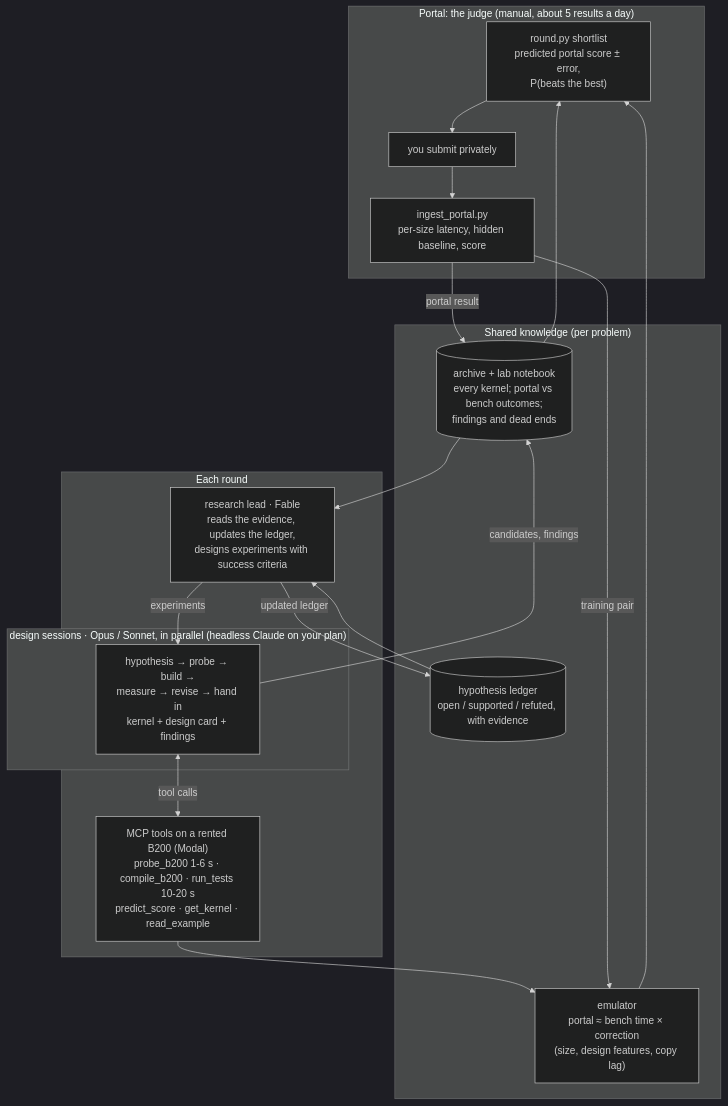
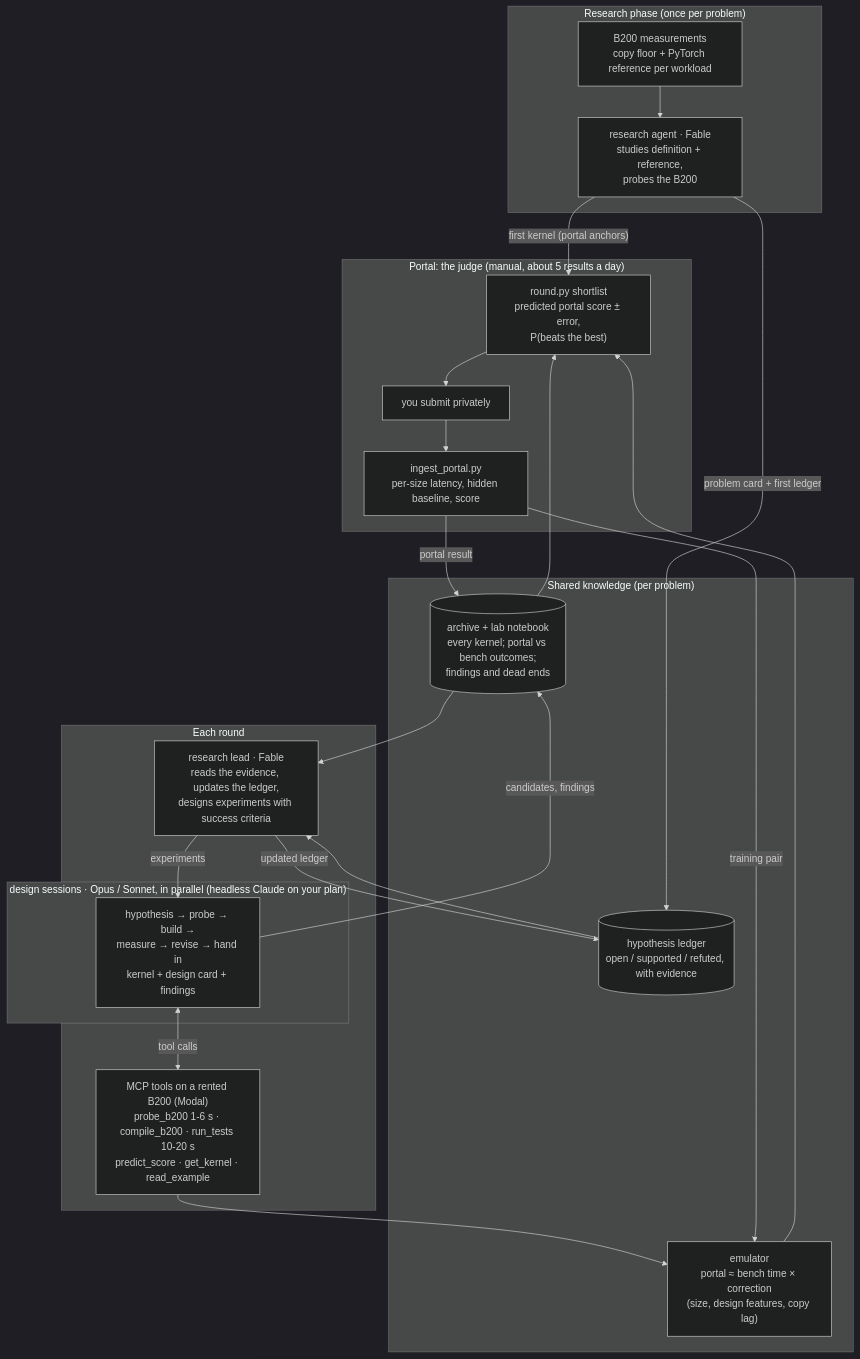
Before and after one commit to Hha21/execbench-test: the diagram in README.md, drawn with Mermaid (dark theme). The commit also changed other lines of this file and 473 other files, not shown here.

First line of the commit message:
Multi-problem refactor: per-problem folders, problem module, research phase

````diff
--- a/README.md
+++ b/README.md
@@ -36,32 +36,39 @@
 ```mermaid
 flowchart TB
     subgraph portal["Portal: the judge (manual, about 5 results a day)"]
         SL["round.py shortlist<br/>predicted portal score ± error,<br/>P(beats the best)"]
         SUB["you submit privately"]
         ING["ingest_portal.py<br/>per-size latency, hidden baseline, score"]
         SL --> SUB --> ING
+    end
+    subgraph research["Research phase (once per problem)"]
+        MEAS["B200 measurements<br/>copy floor + PyTorch reference per workload"]
+        RES["research agent · Fable<br/>studies definition + reference,<br/>probes the B200"]
+        MEAS --> RES
     end
     subgraph knowledge["Shared knowledge (per problem)"]
         LEDGER[("hypothesis ledger<br/>open / supported / refuted, with evidence")]
         NOTE[("archive + lab notebook<br/>every kernel; portal vs bench outcomes;<br/>findings and dead ends")]
         EMU["emulator<br/>portal ≈ bench time × correction<br/>(size, design features, copy lag)"]
     end
     subgraph round["Each round"]
         LEAD["research lead · Fable<br/>reads the evidence, updates the ledger,<br/>designs experiments with success criteria"]
         subgraph sessions["design sessions · Opus / Sonnet, in parallel (headless Claude on your plan)"]
             S1["hypothesis → probe → build →<br/>measure → revise → hand in<br/>kernel + design card + findings"]
         end
         TOOLS["MCP tools on a rented B200 (Modal)<br/>probe_b200 1-6 s · compile_b200 · run_tests 10-20 s<br/>predict_score · get_kernel · read_example"]
         LEAD -->|"experiments"| S1
         S1 <-->|"tool calls"| TOOLS
     end
+    RES -->|"problem card + first ledger"| LEDGER
+    RES -->|"first kernel (portal anchors)"| SL
     LEDGER --> LEAD
     NOTE --> LEAD
     LEAD -->|"updated ledger"| LEDGER
     S1 -->|"candidates, findings"| NOTE
     TOOLS --> EMU
     EMU --> SL
     NOTE --> SL
     ING -->|"portal result"| NOTE
     ING -->|"training pair"| EMU
 ```
````
